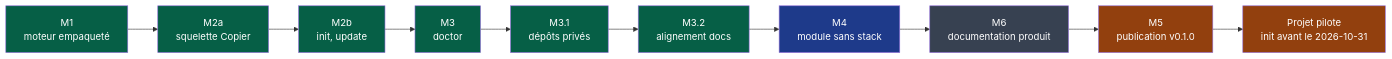
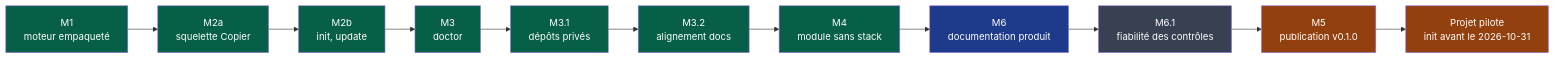
The diagram in docs/governance/plans/2026-09-15-moteur-v0.1.0.md (NapkinStack/engineering-os), drawn with Mermaid before and after one commit. The commit also changed other lines of this file and 14 other files, not shown here.

First line of the commit message:
M6 — Documentation produit (#20)

````diff
--- a/docs/governance/plans/2026-09-15-moteur-v0.1.0.md
+++ b/docs/governance/plans/2026-09-15-moteur-v0.1.0.md
@@ -48,17 +48,18 @@
 ```mermaid
 flowchart LR
     M1["M1<br/>moteur empaqueté"]:::fait --> M2a["M2a<br/>squelette Copier"]:::fait
     M2a --> M2b["M2b<br/>init, update"]:::fait
     M2b --> M3["M3<br/>doctor"]:::fait
     M3 --> M31["M3.1<br/>dépôts privés"]:::fait
     M31 --> M32["M3.2<br/>alignement docs"]:::fait
-    M32 --> M4["M4<br/>module sans stack"]:::encours
-    M4 --> M6["M6<br/>documentation produit"]:::afaire
-    M6 --> M5["M5<br/>publication v0.1.0"]:::humain
+    M32 --> M4["M4<br/>module sans stack"]:::fait
+    M4 --> M6["M6<br/>documentation produit"]:::encours
+    M6 --> M61["M6.1<br/>fiabilité des contrôles"]:::afaire
+    M61 --> M5["M5<br/>publication v0.1.0"]:::humain
     M5 --> PP["Projet pilote<br/>init avant le 2026-10-31"]:::humain
 
     classDef fait fill:#065f46,color:#fff
     classDef encours fill:#1e3a8a,color:#fff
     classDef afaire fill:#374151,color:#fff
     classDef humain fill:#92400e,color:#fff
 ```
````
